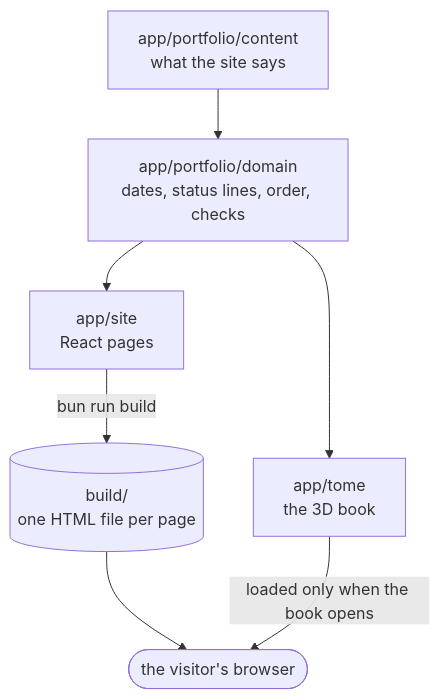
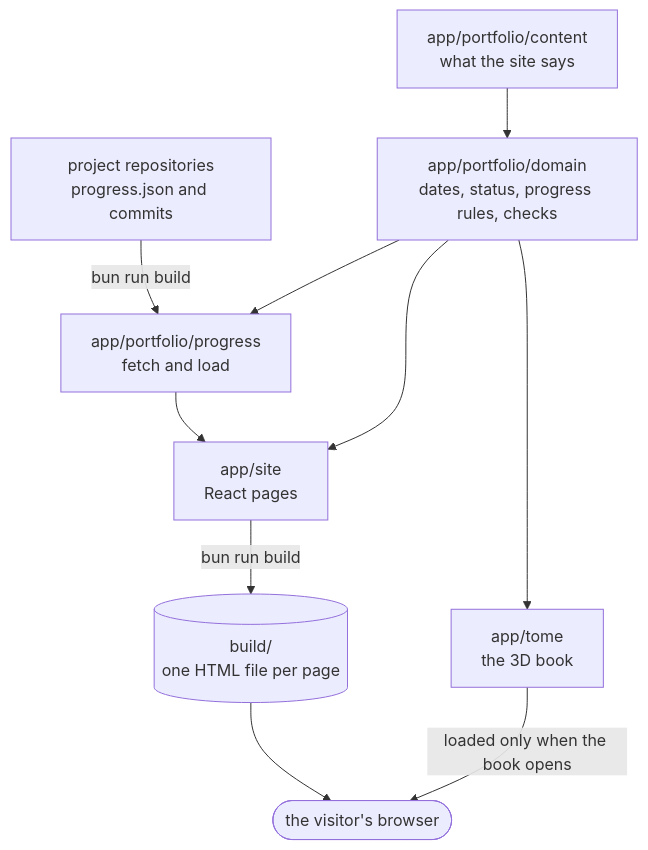
The diagram in docs/architecture.md (KhallilB/kcb.pro), drawn with Mermaid before and after one commit. The commit also changed other lines of this file and 2 other files, not shown here.

Commit message:
docs: progress ledger, ingestion and the daily build

````diff
--- a/docs/architecture.md
+++ b/docs/architecture.md
@@ -7,16 +8,21 @@
 ```mermaid
 flowchart TD
+    repos["project repositories<br/>progress.json and commits"]
     content["app/portfolio/content<br/>what the site says"]
-    domain["app/portfolio/domain<br/>dates, status lines, order, checks"]
+    domain["app/portfolio/domain<br/>dates, status, progress rules, checks"]
+    progress["app/portfolio/progress<br/>fetch and load"]
     site["app/site<br/>React pages"]
     tome["app/tome<br/>the 3D book"]
     build[("build/<br/>one HTML file per page")]
     browser(["the visitor's browser"])
 
+    repos -- "bun run build" --> progress
     content --> domain
+    domain --> progress
+    progress --> site
     domain --> site
     domain --> tome
     site -- "bun run build" --> build
     build --> browser
     tome -- "loaded only when the book opens" --> browser
 ```
````
